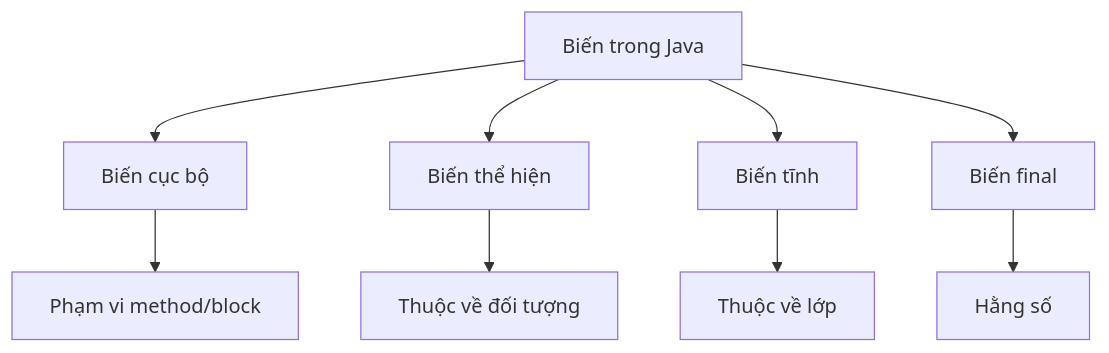
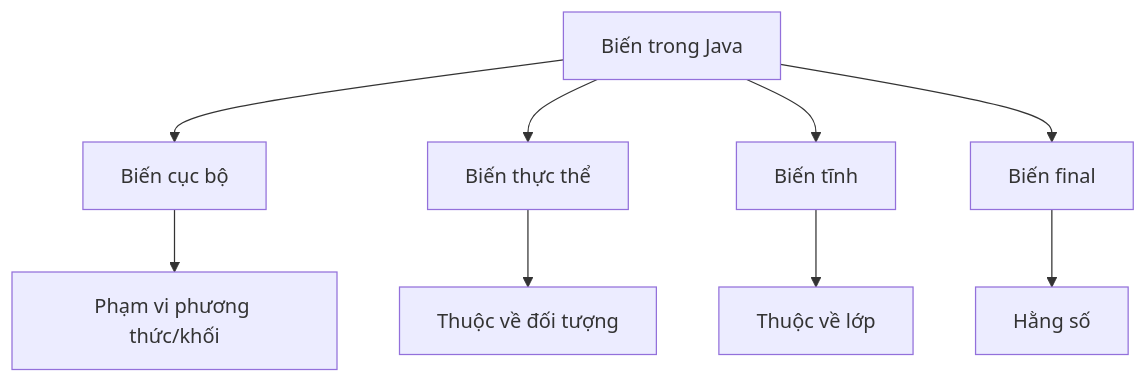
The diagram in vi/04-variables-constants/README.md (PhuThien2005/theoretical-of-java-core), drawn with Mermaid before and after one commit. The commit also changed other lines of this file and 229 other files, not shown here.

````diff
--- a/vi/04-variables-constants/README.md
+++ b/vi/04-variables-constants/README.md
@@ -29,11 +29,11 @@
 ```mermaid
 flowchart TD
     A[Biến trong Java] --> B[Biến cục bộ]
-    A --> C[Biến thể hiện]
+    A --> C[Biến thực thể]
     A --> D[Biến tĩnh]
     A --> E[Biến final]
     E --> F[Hằng số]
-    B --> G[Phạm vi method/block]
+    B --> G[Phạm vi phương thức/khối]
     C --> H[Thuộc về đối tượng]
     D --> I[Thuộc về lớp]
 ```
````
